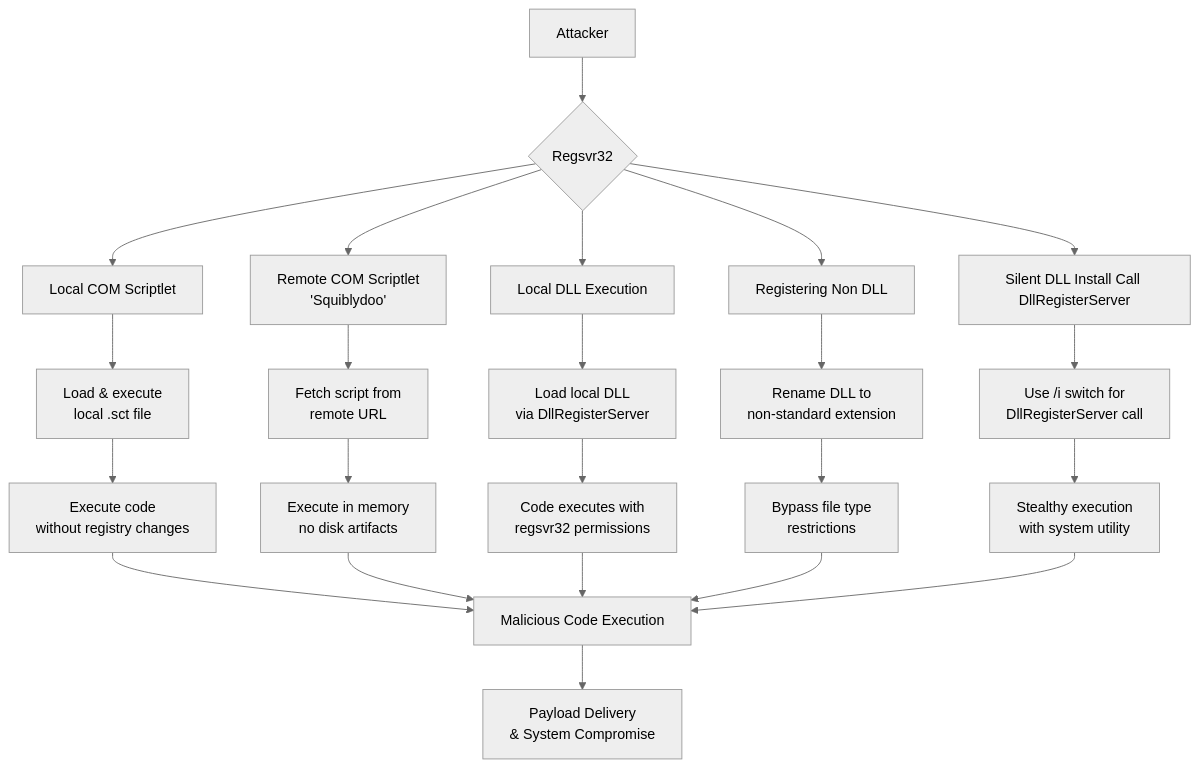
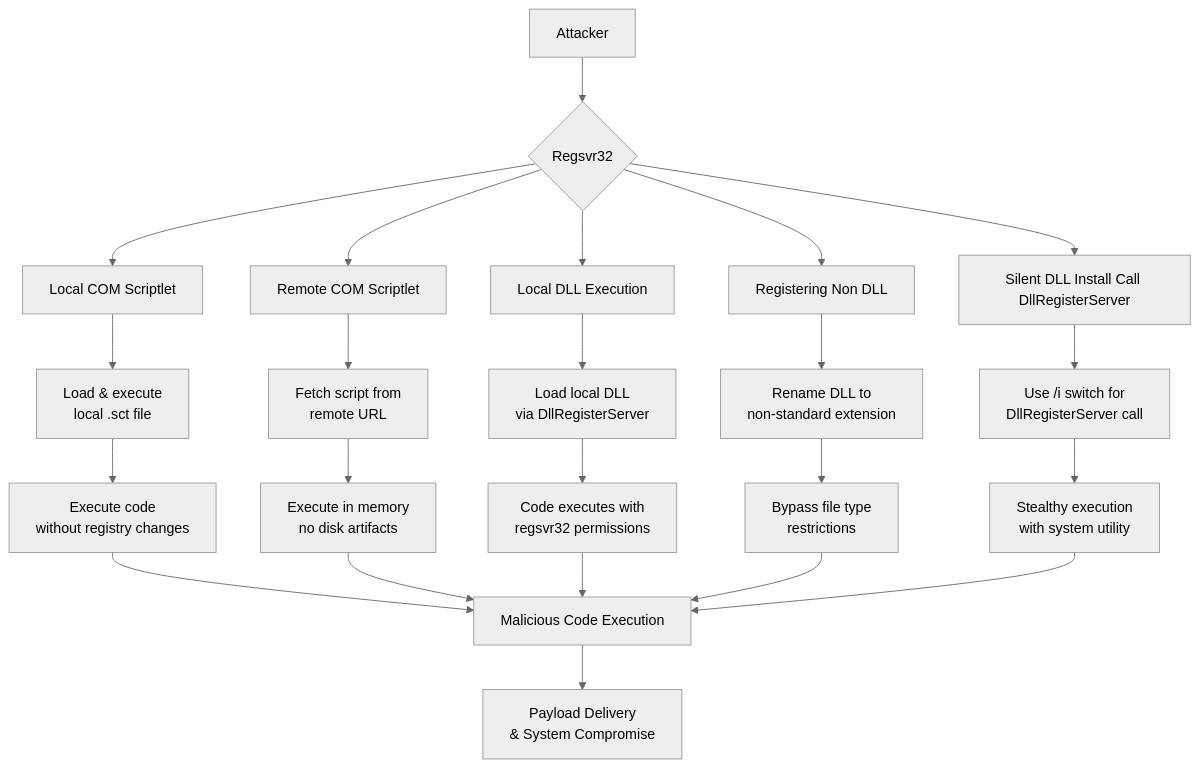
One commit to khaireddinechebbi/APTs-Detection-Framework changed the diagram in SigmaRules/Defense Evasion/T1218.010/README.md. Above: the diagram before and after it, drawn with Mermaid (neutral theme).

Commit message:
Update Diagram

````diff
--- a/SigmaRules/Defense Evasion/T1218.010/README.md
+++ b/SigmaRules/Defense Evasion/T1218.010/README.md
@@ -16,32 +16,32 @@
 ```mermaid
 flowchart TD
     A[Attacker] --> B{Regsvr32}
     
     B --> C[Local COM Scriptlet]
     C --> C1[Load & execute<br>local .sct file]
     C1 --> C2[Execute code<br>without registry changes]
     
-    B --> D[Remote COM Scriptlet<br>'Squiblydoo']
+    B --> D[Remote COM Scriptlet]
     D --> D1[Fetch script from<br>remote URL]
     D1 --> D2[Execute in memory<br>no disk artifacts]
     
     B --> E[Local DLL Execution]
     E --> E1[Load local DLL<br>via DllRegisterServer]
     E1 --> E2[Code executes with<br>regsvr32 permissions]
     
     B --> F[Registering Non DLL]
     F --> F1[Rename DLL to<br>non-standard extension]
     F1 --> F2[Bypass file type<br>restrictions]
     
     B --> G[Silent DLL Install Call DllRegisterServer]
     G --> G1[Use /i switch for<br>DllRegisterServer call]
     G1 --> G2[Stealthy execution<br>with system utility]
     
     C2 --> H[Malicious Code Execution]
     D2 --> H
     E2 --> H
     F2 --> H
     G2 --> H
     
     H --> I[Payload Delivery<br>& System Compromise]
 ```
````
